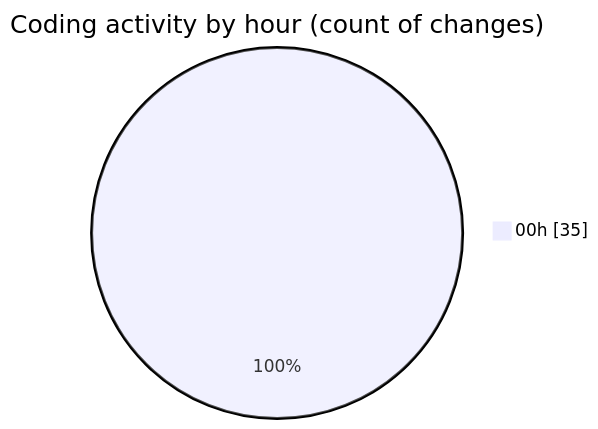
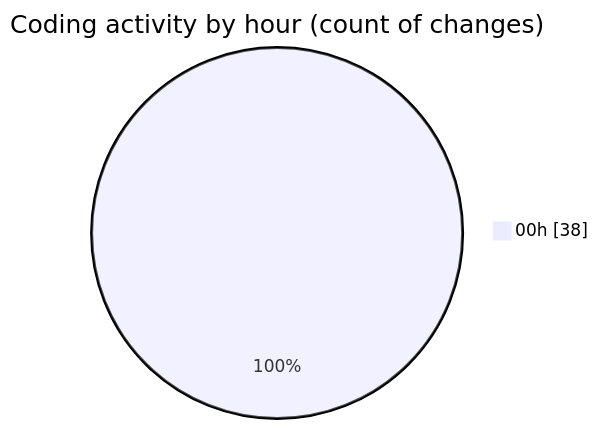
The second of 2 diagrams in 2025-03-08/uber_clone/README.md (donsfak/code-tracking), drawn with Mermaid before and after one commit. The commit also changed other lines of this file and 1 other file, not shown here.

````diff
--- a/2025-03-08/uber_clone/README.md
+++ b/2025-03-08/uber_clone/README.md
@@ -29,5 +29,5 @@
 ```mermaid
 pie showData
 title Coding activity by hour (count of changes)
-"00h" : 35
+"00h" : 38
 ```
````
